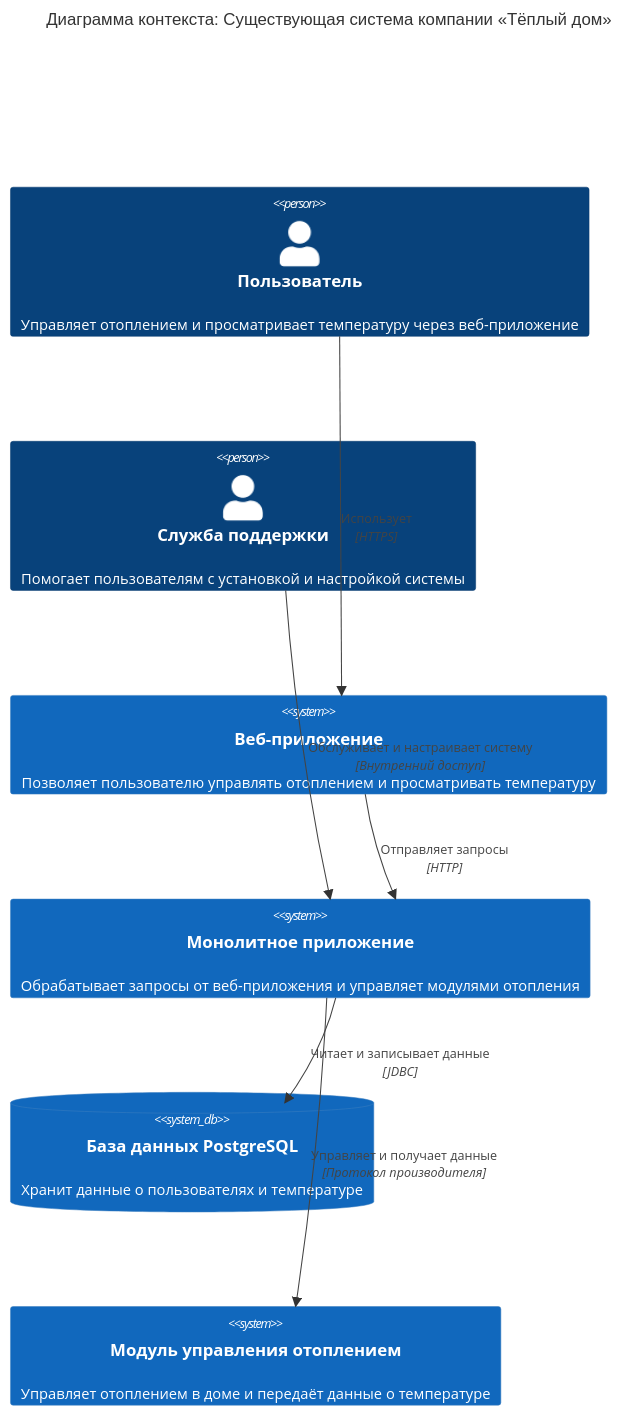
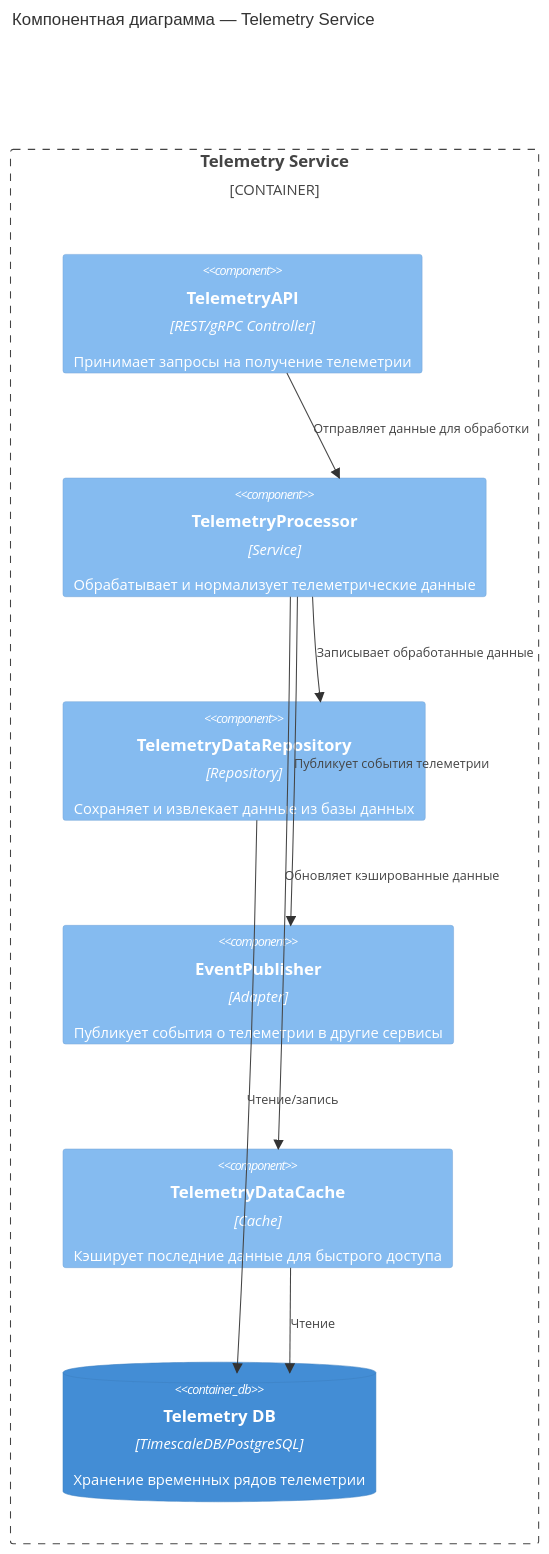
One commit to npwsk/architecture-sprint-3 changed the fourth of 8 diagrams in Project_template.md. Above: the diagram before and after it, drawn with Mermaid. The commit also changed other lines of this file, not shown here.

````diff
--- a/Project_template.md
+++ b/Project_template.md
@@ -40,19 +186,23 @@
 ```mermaid
+C4Component
+title Компонентная диаграмма — Telemetry Service
 
-C4Context
-    title Диаграмма контекста: Существующая система компании «Тёплый дом»
+Container_Boundary(Telemetry, "Telemetry Service") {
+  Component(TelemetryAPI, "TelemetryAPI", "REST/gRPC Controller", "Принимает запросы на получение телеметрии")
+  Component(TelemetryProcessor, "TelemetryProcessor", "Service", "Обрабатывает и нормализует телеметрические данные")
+  Component(TelemetryDataRepository, "TelemetryDataRepository", "Repository", "Сохраняет и извлекает данные из базы данных")
+  Component(EventPublisher, "EventPublisher", "Adapter", "Публикует события о телеметрии в другие сервисы")
+  Component(TelemetryDataCache, "TelemetryDataCache", "Cache", "Кэширует последние данные для быстрого доступа")
 
-    Person(user, "Пользователь", "Управляет отоплением и просматривает температуру через веб-приложение")
-    Person(support, "Служба поддержки", "Помогает пользователям с установкой и настройкой системы")
+  ContainerDb(TelemetryDB, "Telemetry DB", "TimescaleDB/PostgreSQL", "Хранение временных рядов телеметрии")
 
-    System(webApp, "Веб-приложение", "Позволяет пользователю управлять отоплением и просматривать температуру")
-    System(monolith, "Монолитное приложение", "Обрабатывает запросы от веб-приложения и управляет модулями отопления")
-    SystemDb(postgres, "База данных PostgreSQL", "Хранит данные о пользователях и температуре")
-    System(heatingModule, "Модуль управления отоплением", "Управляет отоплением в доме и передаёт данные о температуре")
+  Rel(TelemetryAPI, TelemetryProcessor, "Отправляет данные для обработки")
+  Rel(TelemetryProcessor, TelemetryDataRepository, "Записывает обработанные данные")
+  Rel(TelemetryProcessor, TelemetryDataCache, "Обновляет кэшированные данные")
+  Rel(TelemetryProcessor, EventPublisher, "Публикует события телеметрии")
 
-    Rel(user, webApp, "Использует", "HTTPS")
-    Rel(webApp, monolith, "Отправляет запросы", "HTTP")
-    Rel(monolith, postgres, "Читает и записывает данные", "JDBC")
-    Rel(monolith, heatingModule, "Управляет и получает данные", "Протокол производителя")
-    Rel(support, monolith, "Обслуживает и настраивает систему", "Внутренний доступ")
+  Rel(TelemetryDataRepository, TelemetryDB, "Чтение/запись")
+  Rel(TelemetryDataCache, TelemetryDB, "Чтение")
+}
+
 ```
````
